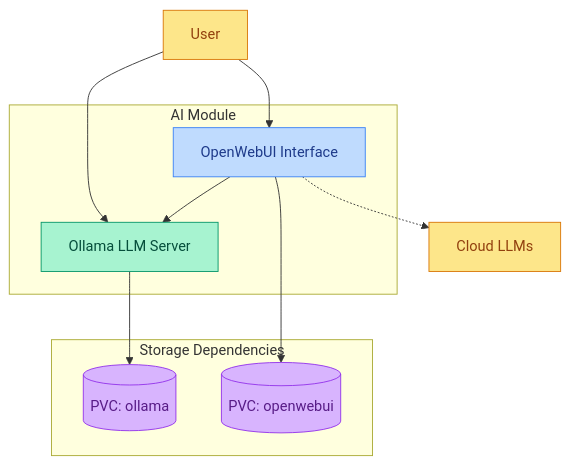
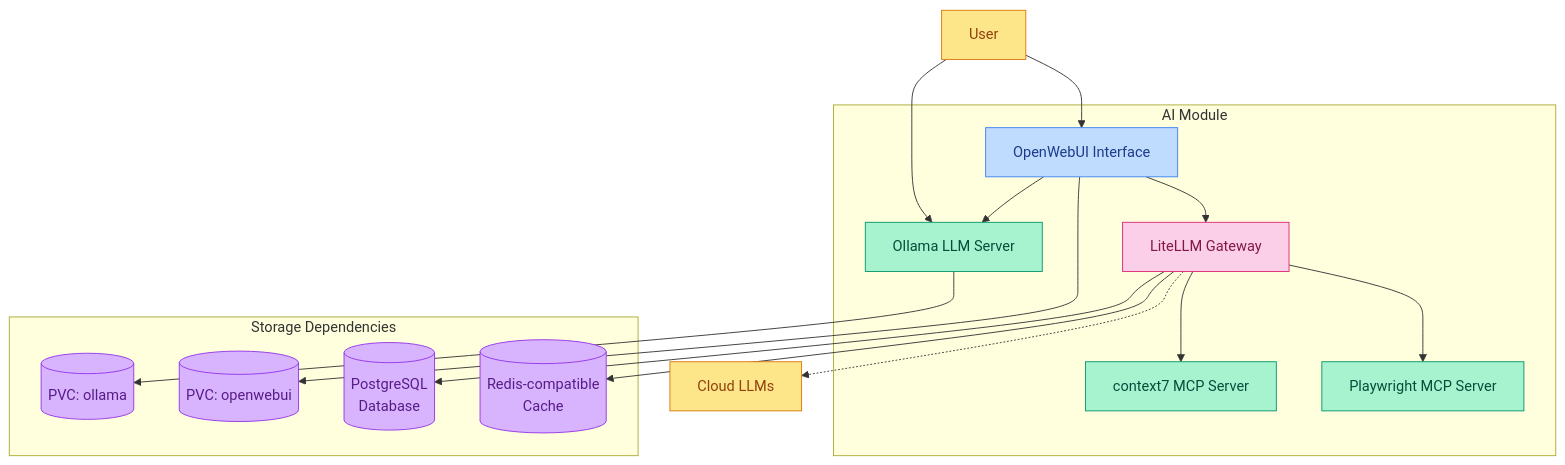
Before and after one commit to ppat/homelab-ops-kubernetes-apps: the diagram in apps/subsystems/ai/README.md, drawn with Mermaid. The commit also changed other lines of this file and 28 other files, not shown here.

First line of the commit message:
feat(apps-ai): add litellm AI gateway with self-hosted context7/playwright MCP servers (#3356)

````diff
--- a/apps/subsystems/ai/README.md
+++ b/apps/subsystems/ai/README.md
@@ -29,35 +35,47 @@
 ```mermaid
 flowchart TB
     %% Color scheme with good contrast for light/dark themes
     classDef core fill:#a7f3d0,stroke:#059669,color:#064e3b
     classDef ui fill:#bfdbfe,stroke:#3b82f6,color:#1e3a8a
+    classDef gateway fill:#fbcfe8,stroke:#db2777,color:#831843
     classDef storage fill:#d8b4fe,stroke:#9333ea,color:#581c87
     classDef external fill:#fde68a,stroke:#d97706,color:#92400e
     classDef legend fill:none,stroke:none,color:#6b7280
 
     %% External Access
     user[User]:::external
     cloud[Cloud LLMs]:::external
 
     %% Core Components - Module Provided
     subgraph module[AI Module]
         ollama[Ollama LLM Server]:::core
         openwebui[OpenWebUI Interface]:::ui
+        litellm[LiteLLM Gateway]:::gateway
+        context7[context7 MCP Server]:::core
+        playwright[Playwright MCP Server]:::core
     end
 
     %% Storage Components - Dependencies
     subgraph storage[Storage Dependencies]
         ollama_pvc[(PVC: ollama)]:::storage
         openwebui_pvc[(PVC: openwebui)]:::storage
+        litellm_db[("PostgreSQL<br/>Database")]:::storage
+        litellm_cache[("Redis-compatible<br/>Cache")]:::storage
     end
 
     %% Relationships
     user --> ollama
     user --> openwebui
 
     openwebui --> ollama
-    openwebui -.-> cloud
+    openwebui --> litellm
+    litellm -.-> cloud
+
+    litellm --> context7
+    litellm --> playwright
 
     ollama --> ollama_pvc
     openwebui --> openwebui_pvc
+    litellm --> litellm_db
+    litellm --> litellm_cache
 ```
````
